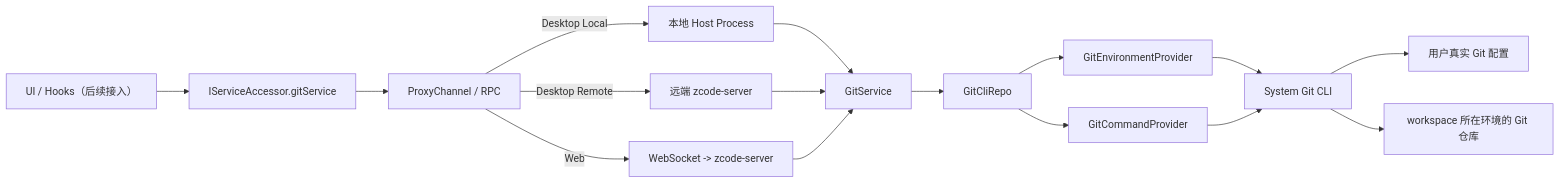
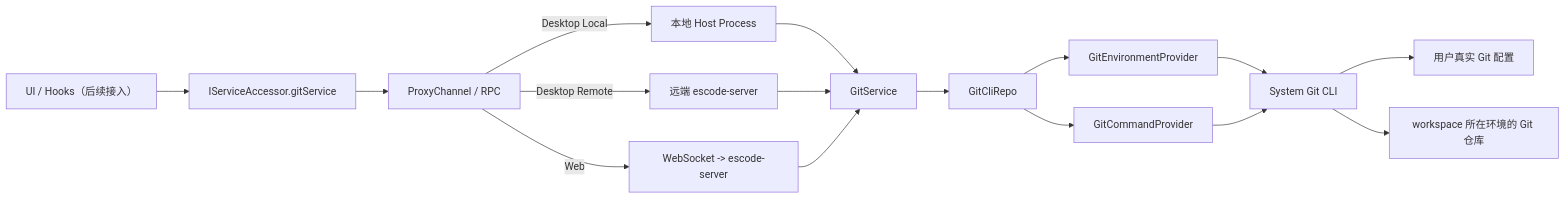
The diagram in docs/git/service-foundation.md (sekfung/ESCode), drawn with Mermaid before and after one commit. The commit also changed other lines of this file and 14315 other files, not shown here.

````diff
--- a/docs/git/service-foundation.md
+++ b/docs/git/service-foundation.md
@@ -19,22 +19,22 @@
 ```mermaid
 flowchart LR
   UI["UI / Hooks（后续接入）"] --> Accessor["IServiceAccessor.gitService"]
   Accessor --> RPC["ProxyChannel / RPC"]
 
   RPC -->|"Desktop Local"| Local["本地 Host Process"]
-  RPC -->|"Desktop Remote"| Remote["远端 zcode-server"]
-  RPC -->|"Web"| Web["WebSocket -> zcode-server"]
+  RPC -->|"Desktop Remote"| Remote["远端 escode-server"]
+  RPC -->|"Web"| Web["WebSocket -> escode-server"]
 
   Local --> GitService["GitService"]
   Remote --> GitService
   Web --> GitService
 
   GitService --> Repo["GitCliRepo"]
   Repo --> Env["GitEnvironmentProvider"]
   Repo --> Cmd["GitCommandProvider"]
 
   Env --> GitCLI["System Git CLI"]
   Cmd --> GitCLI
   GitCLI --> GitConfig["用户真实 Git 配置"]
   GitCLI --> WorkspaceRepo["workspace 所在环境的 Git 仓库"]
 ```
````
